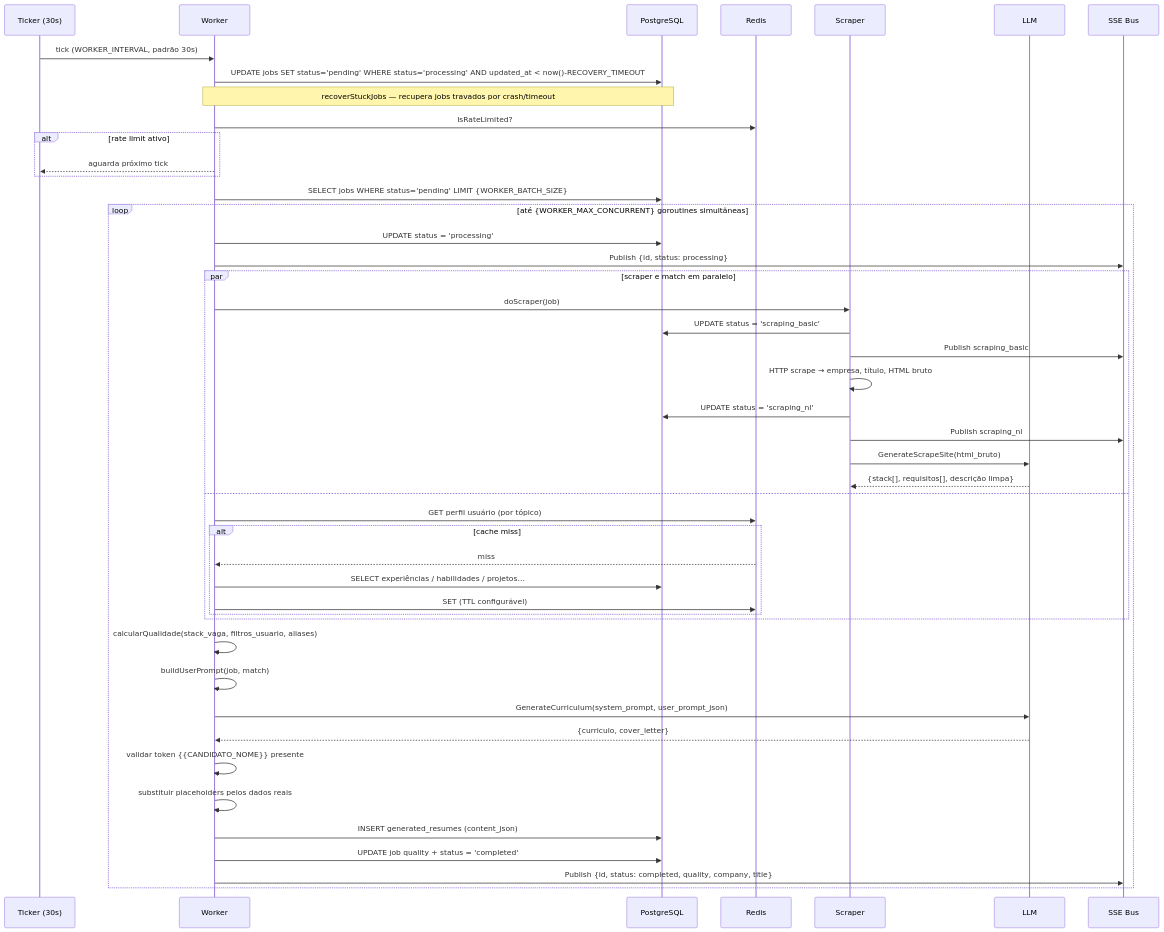
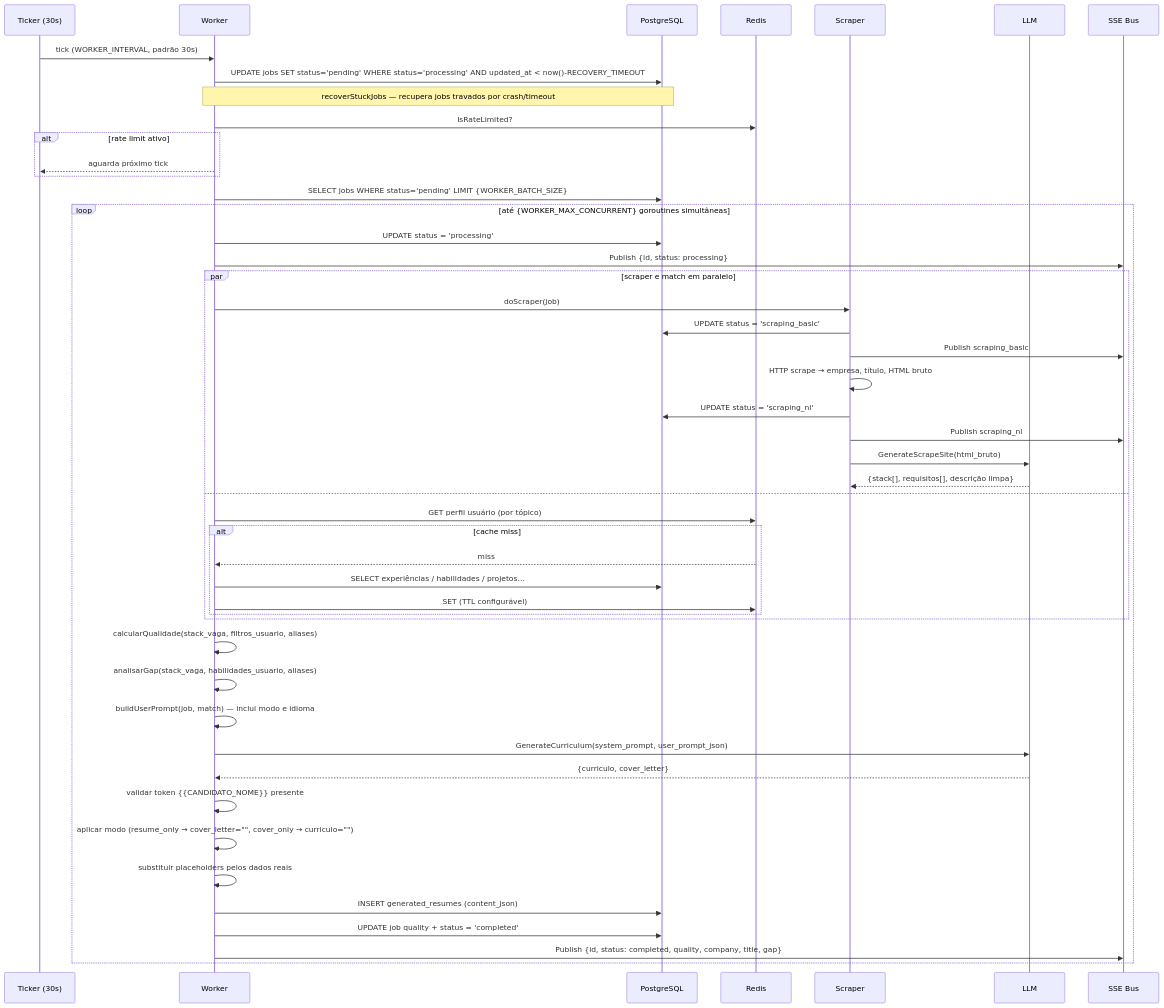
Before and after one commit to ZeroPirata/jubilant-fishstick: the second of 6 diagrams in README.md, drawn with Mermaid. The commit also changed other lines of this file and 29 other files, not shown here.

````diff
--- a/README.md
+++ b/README.md
@@ -103,49 +166,51 @@
 ```mermaid
 sequenceDiagram
     participant Ticker as Ticker (30s)
     participant Worker
     participant DB as PostgreSQL
     participant Cache as Redis
     participant Scraper
     participant LLM
     participant SSE as SSE Bus
 
     Ticker->>Worker: tick (WORKER_INTERVAL, padrão 30s)
     Worker->>DB: UPDATE jobs SET status='pending' WHERE status='processing' AND updated_at < now()-RECOVERY_TIMEOUT
     Note over Worker,DB: recoverStuckJobs — recupera jobs travados por crash/timeout
     Worker->>Cache: IsRateLimited?
     alt rate limit ativo
         Worker-->>Ticker: aguarda próximo tick
     end
     Worker->>DB: SELECT jobs WHERE status='pending' LIMIT {WORKER_BATCH_SIZE}
     loop até {WORKER_MAX_CONCURRENT} goroutines simultâneas
         Worker->>DB: UPDATE status = 'processing'
         Worker->>SSE: Publish {id, status: processing}
         par scraper e match em paralelo
             Worker->>Scraper: doScraper(job)
             Scraper->>DB: UPDATE status = 'scraping_basic'
             Scraper->>SSE: Publish scraping_basic
             Scraper->>Scraper: HTTP scrape → empresa, título, HTML bruto
             Scraper->>DB: UPDATE status = 'scraping_nl'
             Scraper->>SSE: Publish scraping_nl
             Scraper->>LLM: GenerateScrapeSite(html_bruto)
             LLM-->>Scraper: {stack[], requisitos[], descrição limpa}
         and
             Worker->>Cache: GET perfil usuário (por tópico)
             alt cache miss
                 Cache-->>Worker: miss
                 Worker->>DB: SELECT experiências / habilidades / projetos…
                 Worker->>Cache: SET (TTL configurável)
             end
         end
         Worker->>Worker: calcularQualidade(stack_vaga, filtros_usuario, aliases)
-        Worker->>Worker: buildUserPrompt(job, match)
+        Worker->>Worker: analisarGap(stack_vaga, habilidades_usuario, aliases)
+        Worker->>Worker: buildUserPrompt(job, match) — inclui modo e idioma
         Worker->>LLM: GenerateCurriculum(system_prompt, user_prompt_json)
         LLM-->>Worker: {curriculo, cover_letter}
         Worker->>Worker: validar token {{CANDIDATO_NOME}} presente
+        Worker->>Worker: aplicar modo (resume_only → cover_letter="", cover_only → curriculo="")
         Worker->>Worker: substituir placeholders pelos dados reais
         Worker->>DB: INSERT generated_resumes (content_json)
         Worker->>DB: UPDATE job quality + status = 'completed'
-        Worker->>SSE: Publish {id, status: completed, quality, company, title}
+        Worker->>SSE: Publish {id, status: completed, quality, company, title, gap}
     end
 ```
````
